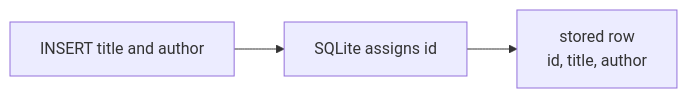
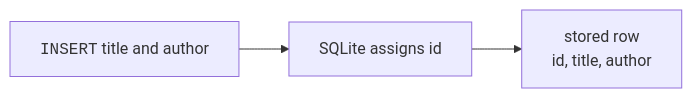
One commit to dataslope/dataslope changed the third of 4 diagrams in content/learn/sqlite-for-beginners/creating-tables.mdx. Above: the diagram before and after it, drawn with Mermaid. The commit also changed other lines of this file and 56 other files, not shown here.

````diff
--- a/content/learn/sqlite-for-beginners/creating-tables.mdx
+++ b/content/learn/sqlite-for-beginners/creating-tables.mdx
@@ -132,5 +132,5 @@
 ```mermaid
 flowchart LR
-    I["INSERT title and author"] --> S["SQLite assigns id"]
+    I["<code>INSERT</code> title and author"] --> S["SQLite assigns id"]
     S --> R["stored row<br/>id, title, author"]
 ```
````
